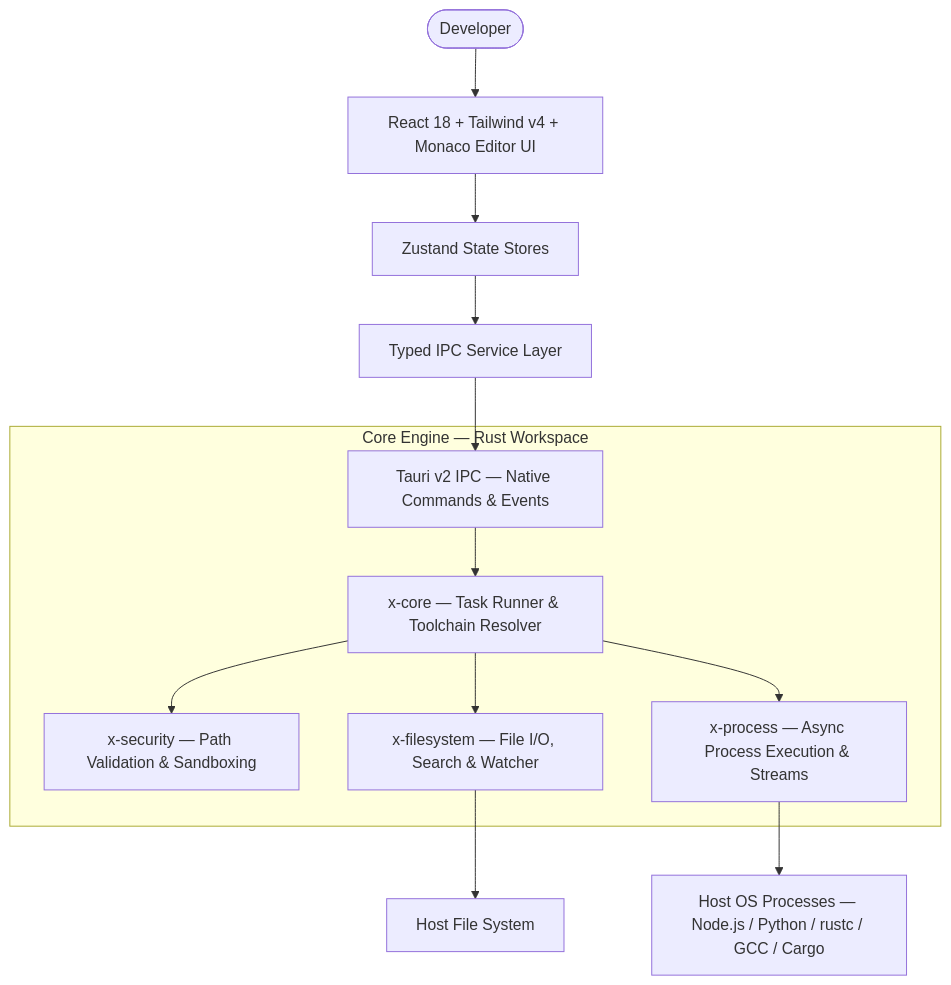
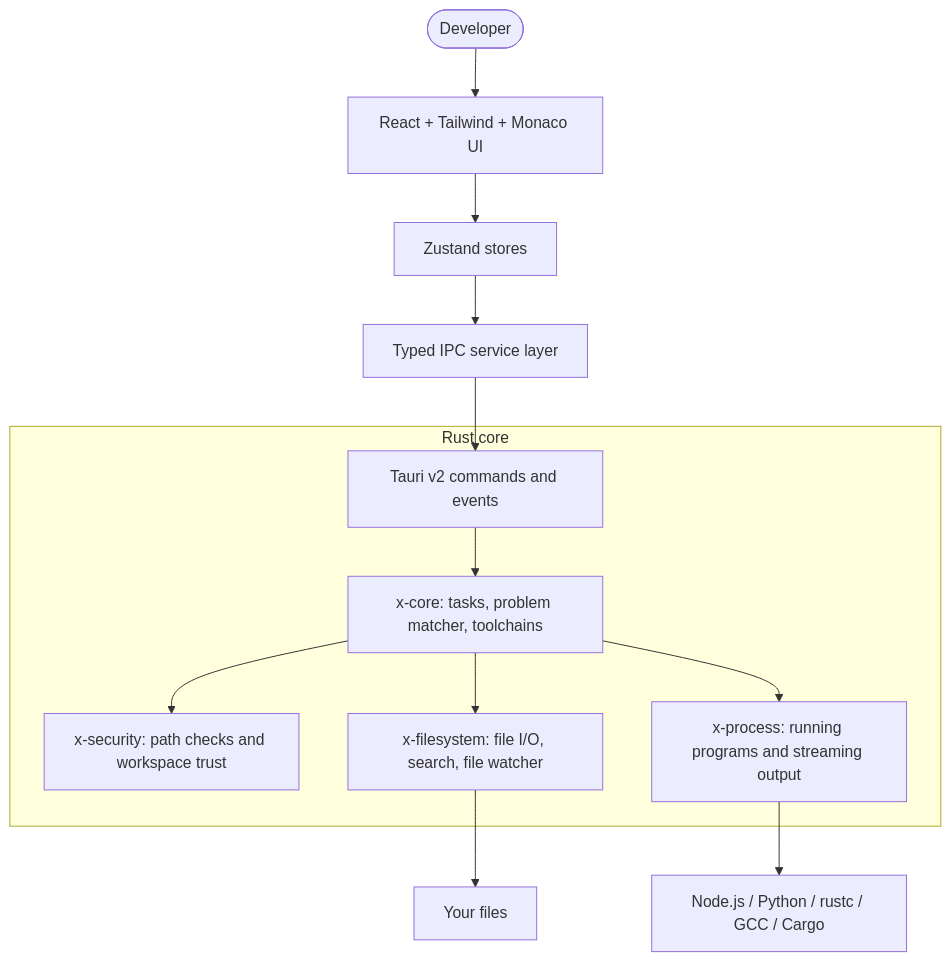
Before and after one commit to Iamshi-vissa/X-Editor: the diagram in README.md, drawn with Mermaid. The commit also changed other lines of this file, not shown here.

````diff
--- a/README.md
+++ b/README.md
@@ -81,17 +60,17 @@
 ```mermaid
 graph TD
-    User([Developer]) --> UI[React 18 + Tailwind v4 + Monaco Editor UI]
-    UI --> Stores[Zustand State Stores]
-    Stores --> IPC[Typed IPC Service Layer]
-    IPC --> Tauri[Tauri v2 IPC — Native Commands & Events]
+    User([Developer]) --> UI[React + Tailwind + Monaco UI]
+    UI --> Stores[Zustand stores]
+    Stores --> IPC[Typed IPC service layer]
+    IPC --> Tauri[Tauri v2 commands and events]
 
-    subgraph RustCore [Core Engine — Rust Workspace]
-        Tauri --> XCore["x-core — Task Runner & Toolchain Resolver"]
-        XCore --> XSecurity["x-security — Path Validation & Sandboxing"]
-        XCore --> XFilesystem["x-filesystem — File I/O, Search & Watcher"]
-        XCore --> XProcess["x-process — Async Process Execution & Streams"]
+    subgraph RustCore [Rust core]
+        Tauri --> XCore["x-core: tasks, problem matcher, toolchains"]
+        XCore --> XSecurity["x-security: path checks and workspace trust"]
+        XCore --> XFilesystem["x-filesystem: file I/O, search, file watcher"]
+        XCore --> XProcess["x-process: running programs and streaming output"]
     end
 
-    XProcess --> OS[Host OS Processes — Node.js / Python / rustc / GCC / Cargo]
-    XFilesystem --> Disk[Host File System]
+    XProcess --> OS[Node.js / Python / rustc / GCC / Cargo]
+    XFilesystem --> Disk[Your files]
 ```
````
